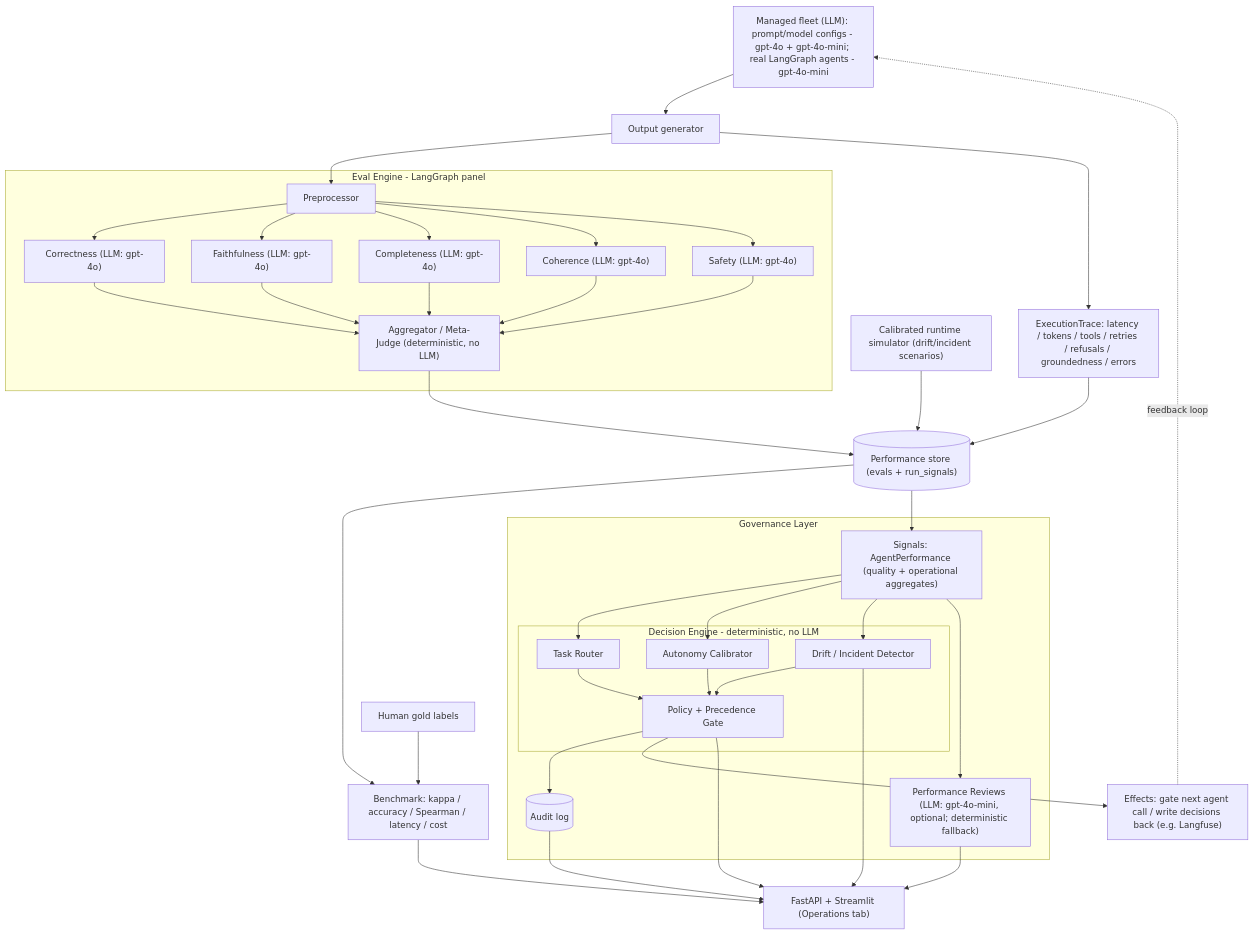
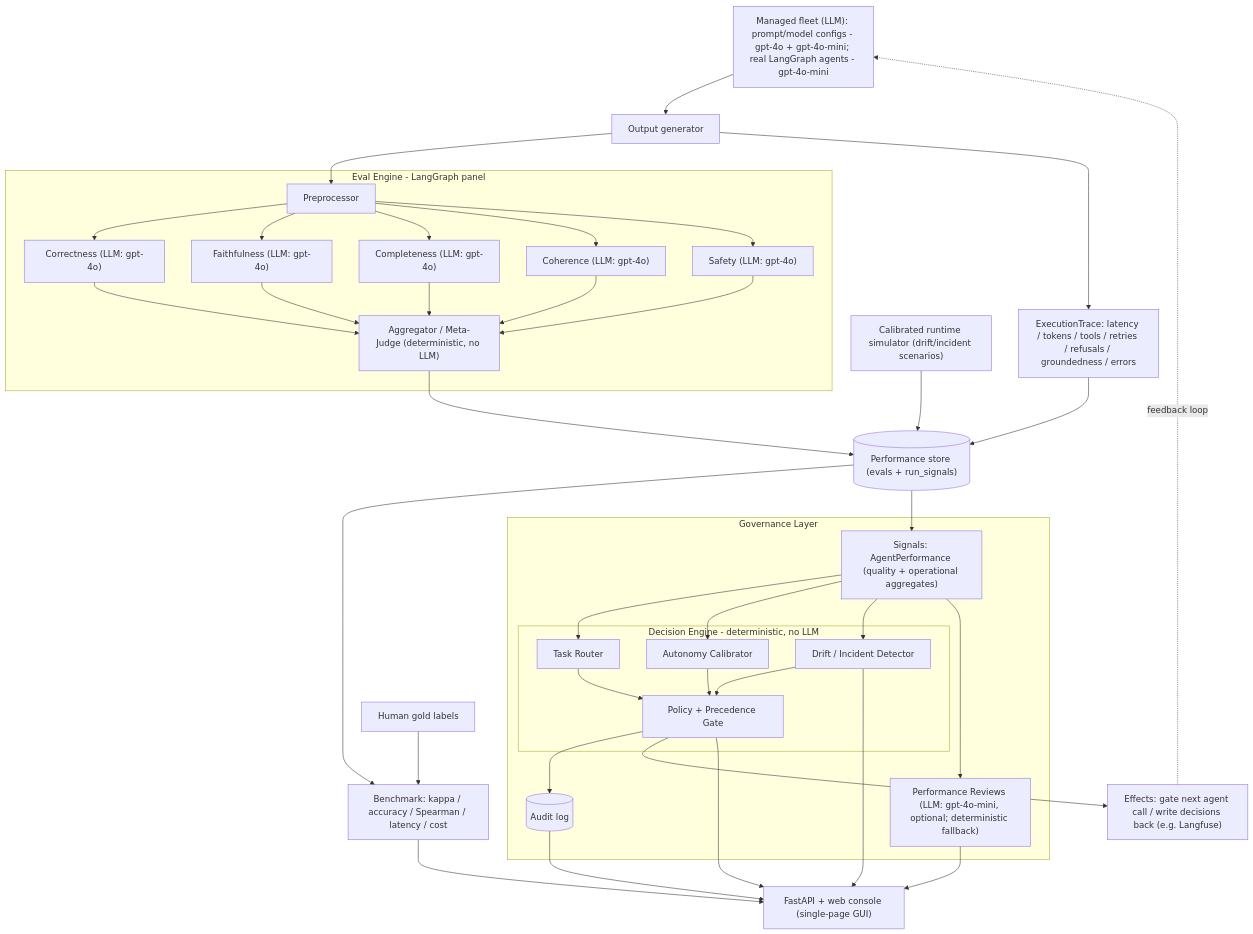
Before and after one commit to GaliDev/potential-train: the diagram in docs/report.md, drawn with Mermaid. The commit also changed other lines of this file and 5 other files, not shown here.

````diff
--- a/docs/report.md
+++ b/docs/report.md
@@ -107,48 +107,48 @@
 ```mermaid
 flowchart TD
     Fleet["Managed fleet (LLM): prompt/model configs - gpt-4o + gpt-4o-mini; real LangGraph agents - gpt-4o-mini"] --> Gen[Output generator]
     Sim["Calibrated runtime simulator (drift/incident scenarios)"] --> Store
     Gen --> Pre[Preprocessor]
     Gen --> Trace["ExecutionTrace: latency / tokens / tools / retries / refusals / groundedness / errors"]
     subgraph eval [Eval Engine - LangGraph panel]
       Pre --> Correct["Correctness (LLM: gpt-4o)"]
       Pre --> Faith["Faithfulness (LLM: gpt-4o)"]
       Pre --> Complete["Completeness (LLM: gpt-4o)"]
       Pre --> Coh["Coherence (LLM: gpt-4o)"]
       Pre --> Safe["Safety (LLM: gpt-4o)"]
       Correct --> Agg["Aggregator / Meta-Judge (deterministic, no LLM)"]
       Faith --> Agg
       Complete --> Agg
       Coh --> Agg
       Safe --> Agg
     end
     Agg --> Store[("Performance store (evals + run_signals)")]
     Trace --> Store
     Gold["Human gold labels"] --> Bench["Benchmark: kappa / accuracy / Spearman / latency / cost"]
     Store --> Bench
     subgraph gov [Governance Layer]
       Signals["Signals: AgentPerformance (quality + operational aggregates)"]
       subgraph engine [Decision Engine - deterministic, no LLM]
         Router[Task Router]
         Autonomy[Autonomy Calibrator]
         Drift[Drift / Incident Detector]
         Policy["Policy + Precedence Gate"]
         Router --> Policy
         Autonomy --> Policy
         Drift --> Policy
       end
       Signals --> Router
       Signals --> Autonomy
       Signals --> Drift
       Signals --> Review["Performance Reviews (LLM: gpt-4o-mini, optional; deterministic fallback)"]
       Policy --> Audit[("Audit log")]
     end
     Store --> Signals
     Policy --> Effects["Effects: gate next agent call / write decisions back (e.g. Langfuse)"]
     Effects -. feedback loop .-> Fleet
-    Bench --> UI["FastAPI + Streamlit (Operations tab)"]
+    Bench --> UI["FastAPI + web console (single-page GUI)"]
     Policy --> UI
     Review --> UI
     Drift --> UI
     Audit --> UI
 ```
````
